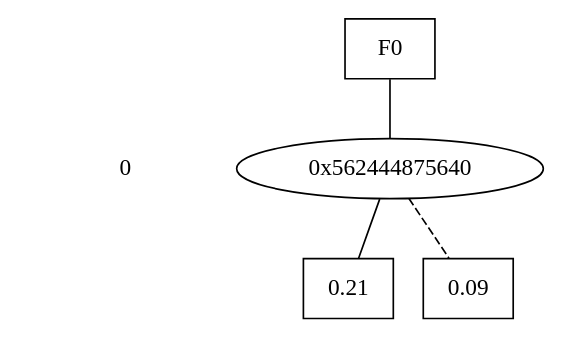
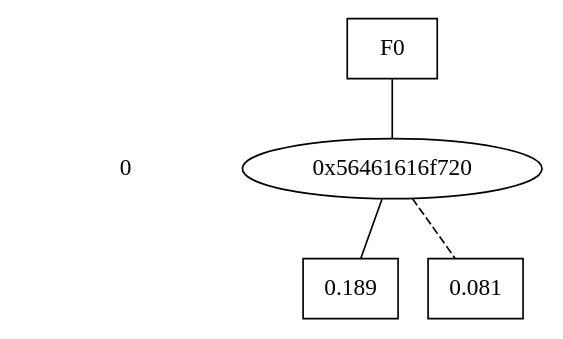
Before and after one commit to AAU-Dat/CuPAAL: the diagram in step_results/alpha_2.dot, drawn with Graphviz. The commit also changed 38 other files, not shown here.

```diff
--- a/step_results/alpha_2.dot
+++ b/step_results/alpha_2.dot
@@ -1,25 +1,25 @@
 digraph "DD" {
 size = "7.5,10"
 center = true;
 edge [dir = none];
 { node [shape = plaintext];
   edge [style = invis];
   "CONST NODES" [style = invis];
 " 0 " -> "CONST NODES"; 
 }
 { rank = same; node [shape = box]; edge [style = invis];
 "F0"; }
 { rank = same; " 0 ";
-"0x562444875640";
+"0x56461616f720";
 }
 { rank = same; "CONST NODES";
-{ node [shape = box]; "0x5624448755e0";
-"0x562444875600";
+{ node [shape = box]; "0x56461616f6c0";
+"0x56461616f6e0";
 }
 }
-"F0" -> "0x562444875640" [style = solid];
-"0x562444875640" -> "0x5624448755e0";
-"0x562444875640" -> "0x562444875600" [style = dashed];
-"0x5624448755e0" [label = "0.21"];
-"0x562444875600" [label = "0.09"];
+"F0" -> "0x56461616f720" [style = solid];
+"0x56461616f720" -> "0x56461616f6c0";
+"0x56461616f720" -> "0x56461616f6e0" [style = dashed];
+"0x56461616f6c0" [label = "0.189"];
+"0x56461616f6e0" [label = "0.081"];
 }
```
